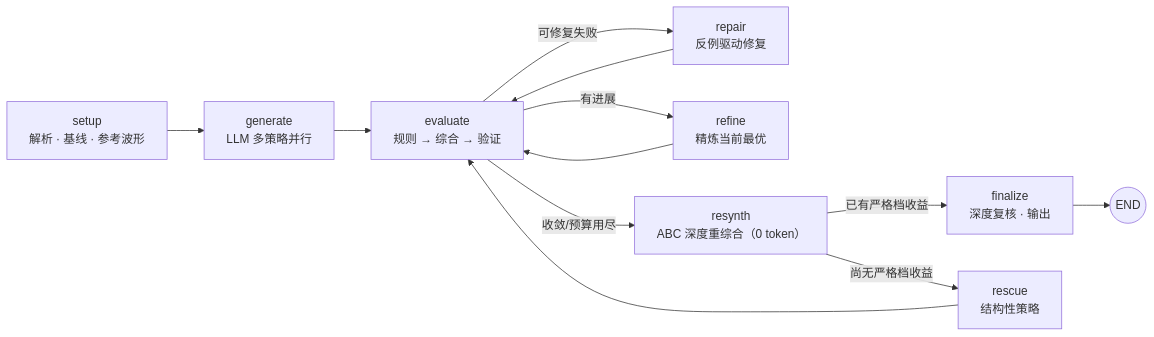
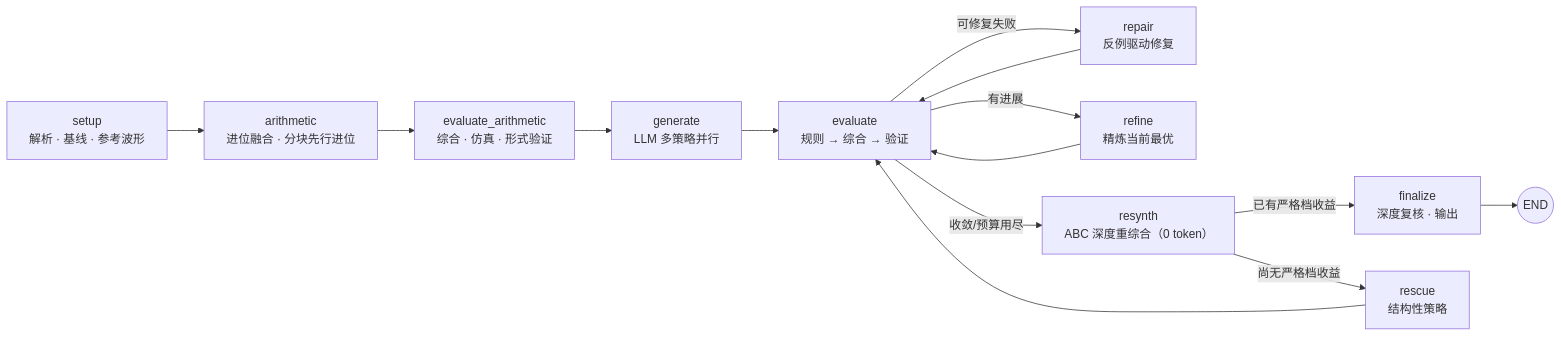
One commit to wanghan-star/EDA_work changed the first of 2 diagrams in README.md. Above: the diagram before and after it, drawn with Mermaid. The commit also changed other lines of this file and 197 other files, not shown here.

````diff
--- a/README.md
+++ b/README.md
@@ -99,14 +118,16 @@
 ```mermaid
 flowchart LR
-    S["setup<br/>解析 · 基线 · 参考波形"] --> G["generate<br/>LLM 多策略并行"]
+    S["setup<br/>解析 · 基线 · 参考波形"] --> A["arithmetic<br/>进位融合 · 分块先行进位"]
+    A --> V["evaluate_arithmetic<br/>综合 · 仿真 · 形式验证"]
+    V --> G["generate<br/>LLM 多策略并行"]
     G --> E["evaluate<br/>规则 → 综合 → 验证"]
     E -- 可修复失败 --> R["repair<br/>反例驱动修复"]
     R --> E
     E -- 有进展 --> F["refine<br/>精炼当前最优"]
     F --> E
     E -- 收敛/预算用尽 --> X["resynth<br/>ABC 深度重综合（0 token）"]
     X -- 已有严格档收益 --> Z["finalize<br/>深度复核 · 输出"]
     X -- 尚无严格档收益 --> Q["rescue<br/>结构性策略"]
     Q --> E
     Z --> END(("END"))
 ```
````
